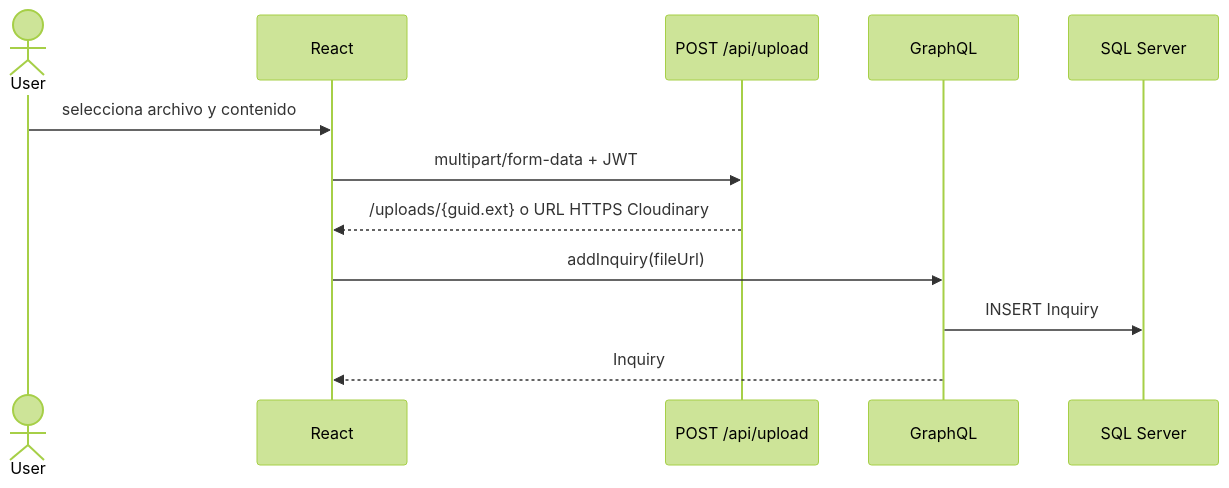
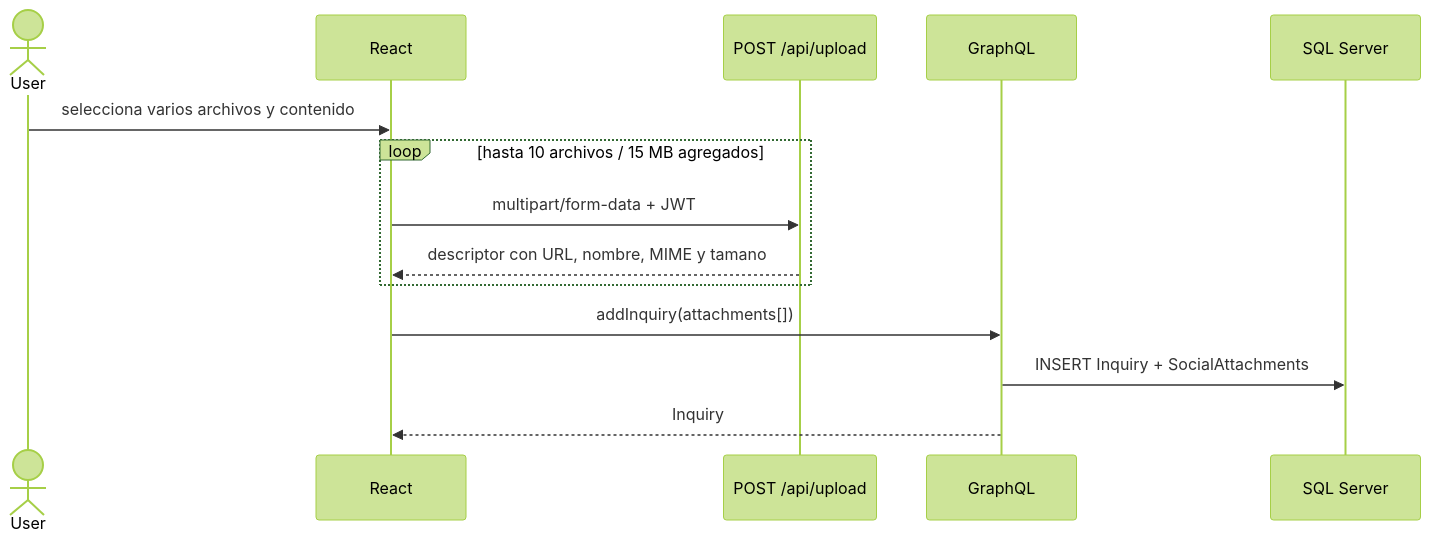
One commit to fagdiaz/OneITB changed the second of 3 diagrams in docs/project_docs/architecture-and-design.md. Above: the diagram before and after it, drawn with Mermaid (forest theme). The commit also changed other lines of this file and 58 other files, not shown here.

````diff
--- a/docs/project_docs/architecture-and-design.md
+++ b/docs/project_docs/architecture-and-design.md
@@ -118,14 +126,16 @@
 ```mermaid
 sequenceDiagram
     actor User
     participant FE as React
     participant Upload as POST /api/upload
     participant GQL as GraphQL
     participant DB as SQL Server
-    User->>FE: selecciona archivo y contenido
-    FE->>Upload: multipart/form-data + JWT
-    Upload-->>FE: /uploads/{guid.ext} o URL HTTPS Cloudinary
-    FE->>GQL: addInquiry(fileUrl)
-    GQL->>DB: INSERT Inquiry
+    User->>FE: selecciona varios archivos y contenido
+    loop hasta 10 archivos / 15 MB agregados
+        FE->>Upload: multipart/form-data + JWT
+        Upload-->>FE: descriptor con URL, nombre, MIME y tamano
+    end
+    FE->>GQL: addInquiry(attachments[])
+    GQL->>DB: INSERT Inquiry + SocialAttachments
     GQL-->>FE: Inquiry
 ```
````
